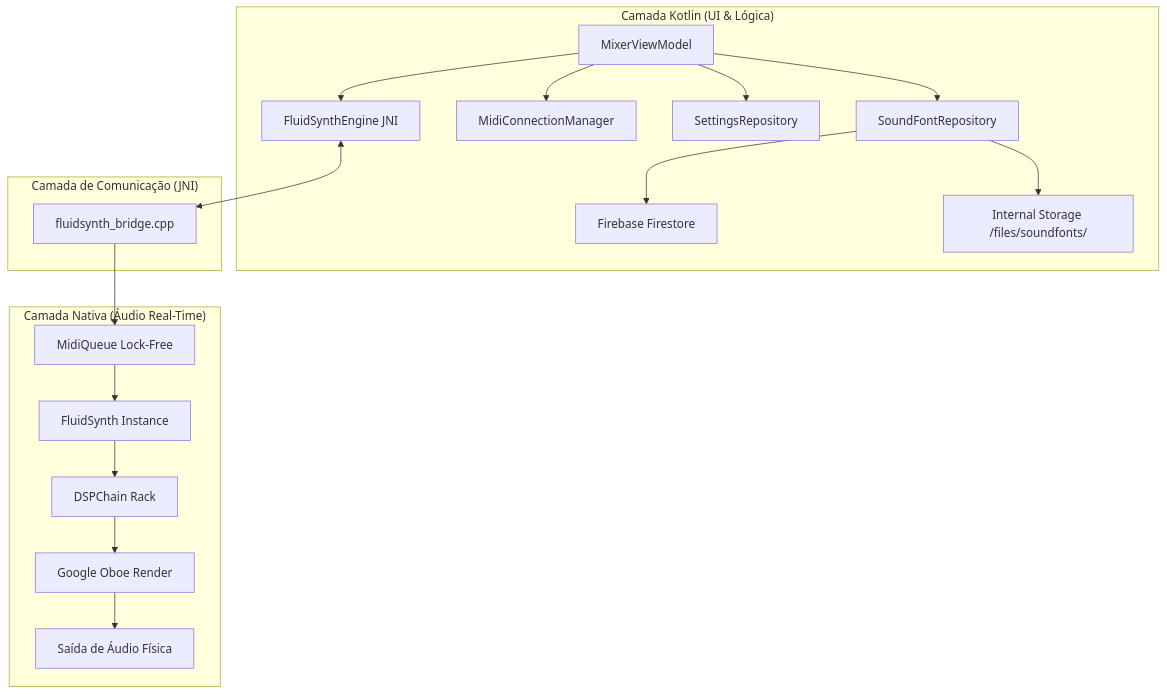
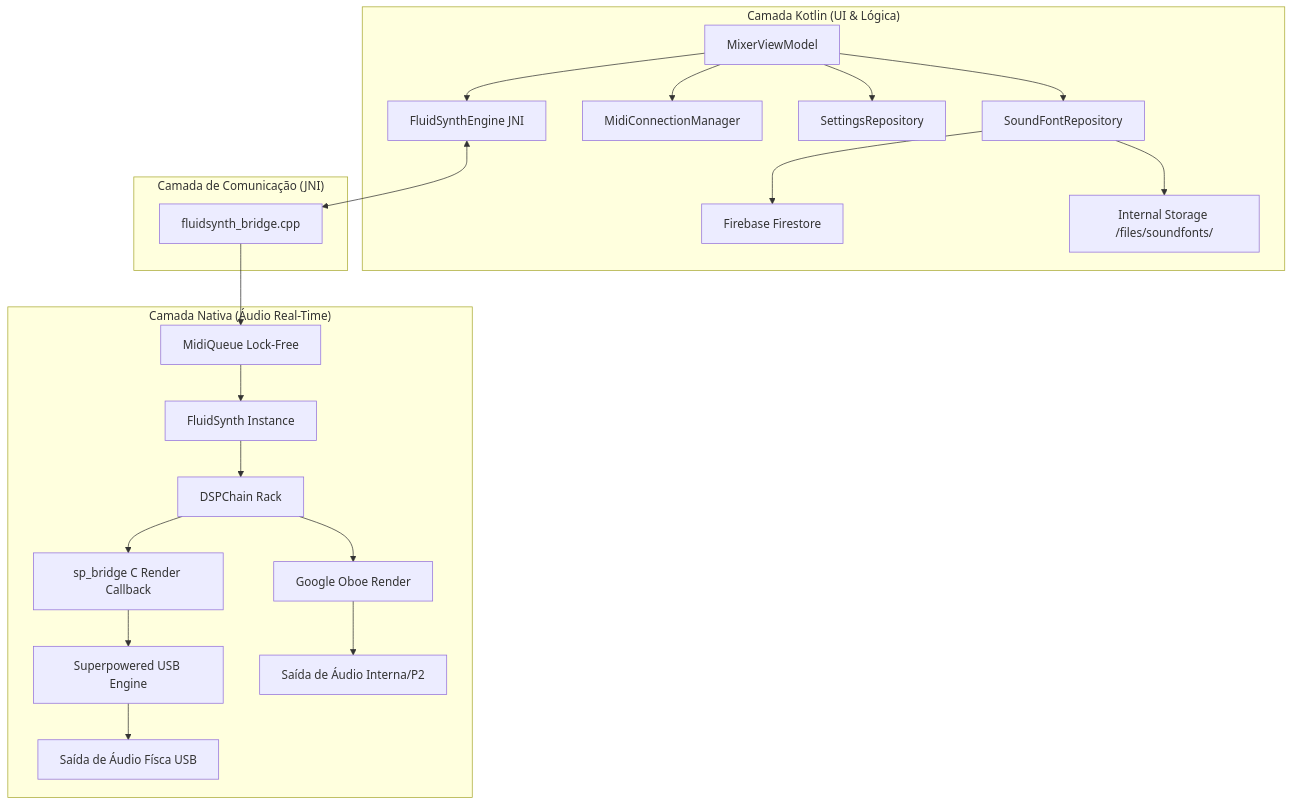
Before and after one commit to marceloferlan/StageMobile: the first of 2 diagrams in docs/architecture.md, drawn with Mermaid. The commit also changed other lines of this file and 40 other files, not shown here.

````diff
--- a/docs/architecture.md
+++ b/docs/architecture.md
@@ -8,23 +8,26 @@
 ```mermaid
 graph TD
     subgraph "Camada Kotlin (UI & Lógica)"
         A[MixerViewModel] --> B[FluidSynthEngine JNI]
         A --> C[MidiConnectionManager]
         A --> D[SettingsRepository]
         A --> K[SoundFontRepository]
         K --> L[Firebase Firestore]
         K --> M[Internal Storage /files/soundfonts/]
     end
 
     subgraph "Camada de Comunicação (JNI)"
         B <--> E[fluidsynth_bridge.cpp]
     end
 
     subgraph "Camada Nativa (Áudio Real-Time)"
         E --> F[MidiQueue Lock-Free]
         F --> G[FluidSynth Instance]
         G --> H[DSPChain Rack]
         H --> I[Google Oboe Render]
-        I --> J[Saída de Áudio Física]
+        H --> N[sp_bridge C Render Callback]
+        N --> O[Superpowered USB Engine]
+        I --> J[Saída de Áudio Interna/P2]
+        O --> P[Saída de Áudio Físca USB]
     end
 ```
````
